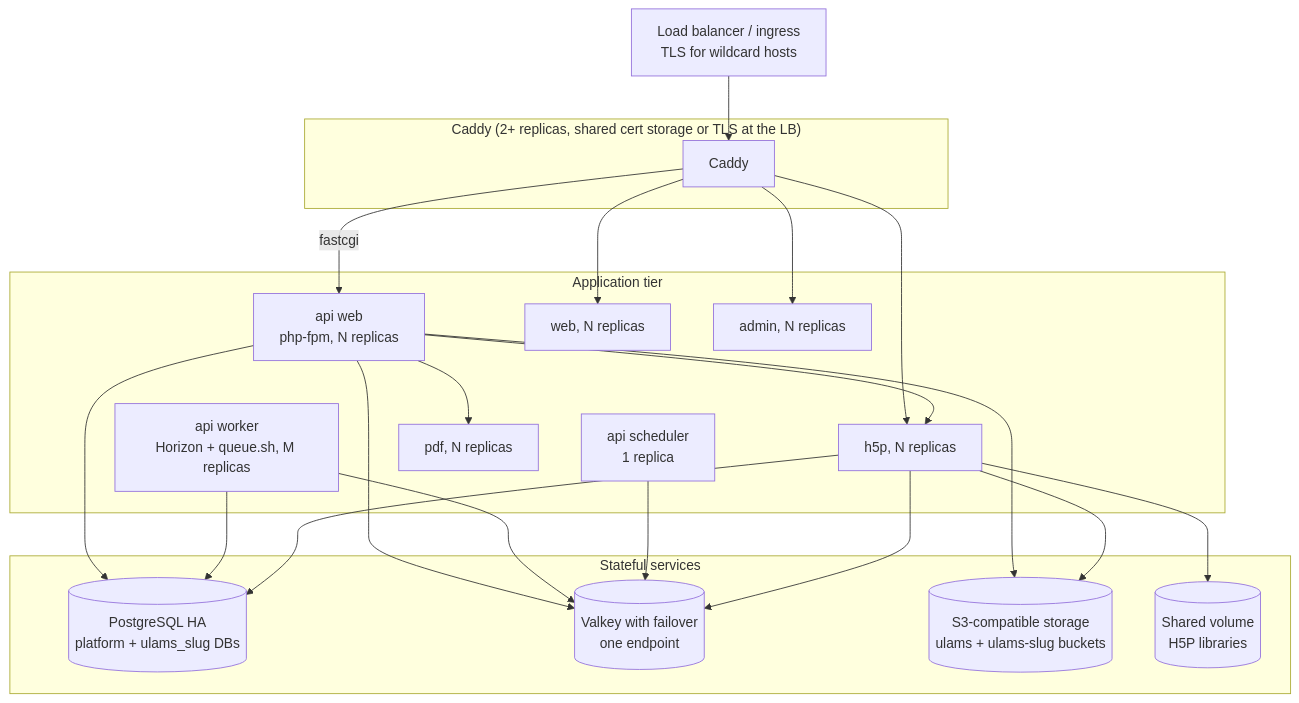
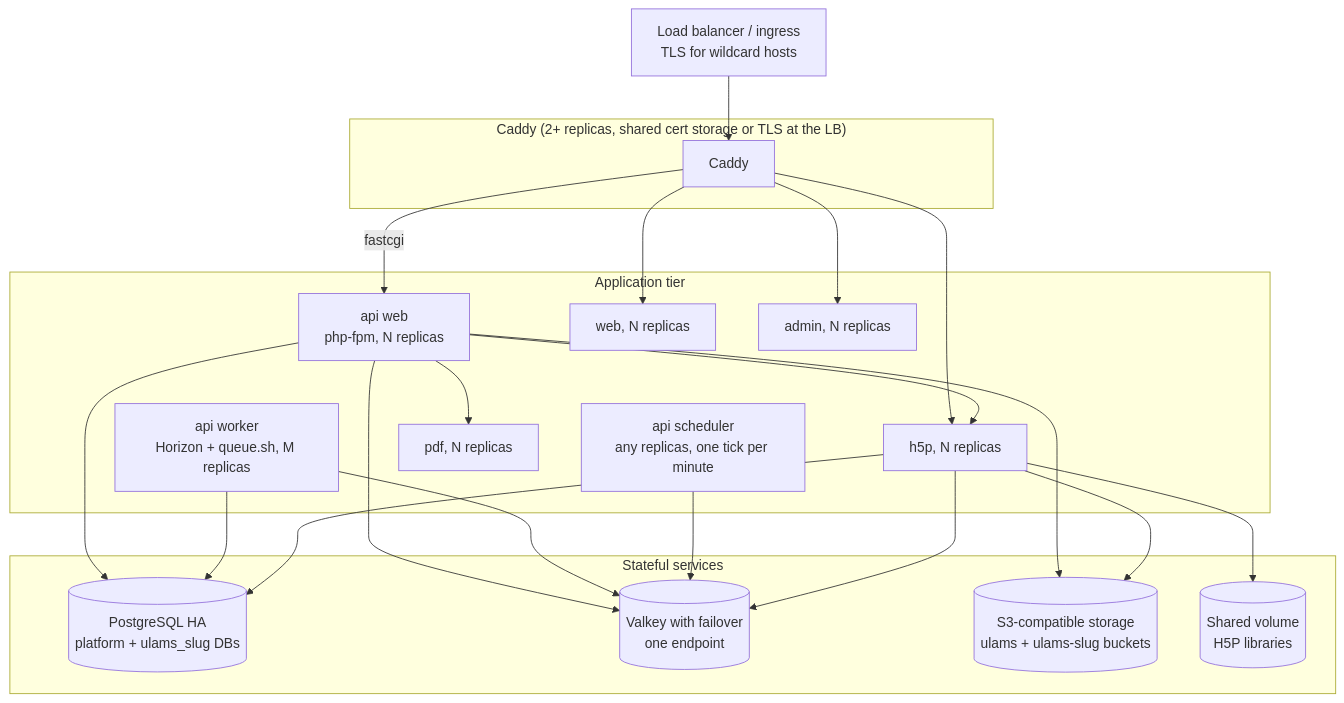
Before and after one commit to ulams-dev/ulams: the diagram in front/docs-site/src/content/docs/operators/high-availability.mdx, drawn with Mermaid. The commit also changed other lines of this file and 7 other files, not shown here.

First line of the commit message:
fix(tenancy): make the scheduler safe on several replicas

````diff
--- a/front/docs-site/src/content/docs/operators/high-availability.mdx
+++ b/front/docs-site/src/content/docs/operators/high-availability.mdx
@@ -44,39 +44,39 @@
 ```mermaid
 flowchart TB
   LB["Load balancer / ingress<br/>TLS for wildcard hosts"]
   subgraph proxy["Caddy (2+ replicas, shared cert storage or TLS at the LB)"]
     C1[Caddy]
   end
   subgraph app["Application tier"]
     W["api web<br/>php-fpm, N replicas"]
     Q["api worker<br/>Horizon + queue.sh, M replicas"]
-    S["api scheduler<br/>1 replica"]
+    S["api scheduler<br/>any replicas, one tick per minute"]
     H["h5p, N replicas"]
     P["pdf, N replicas"]
     F["web, N replicas"]
     A["admin, N replicas"]
   end
   subgraph data["Stateful services"]
     PG[("PostgreSQL HA<br/>platform + ulams_slug DBs")]
     R[("Valkey with failover<br/>one endpoint")]
     S3[("S3-compatible storage<br/>ulams + ulams-slug buckets")]
     LIB[("Shared volume<br/>H5P libraries")]
   end
   LB --> C1
   C1 -->|fastcgi| W
   C1 --> H
   C1 --> F
   C1 --> A
   W --> PG
   W --> R
   W --> S3
   W --> H
   W --> P
   Q --> PG
   Q --> R
   S --> R
   H --> PG
   H --> R
   H --> S3
   H --> LIB
 ```
````
